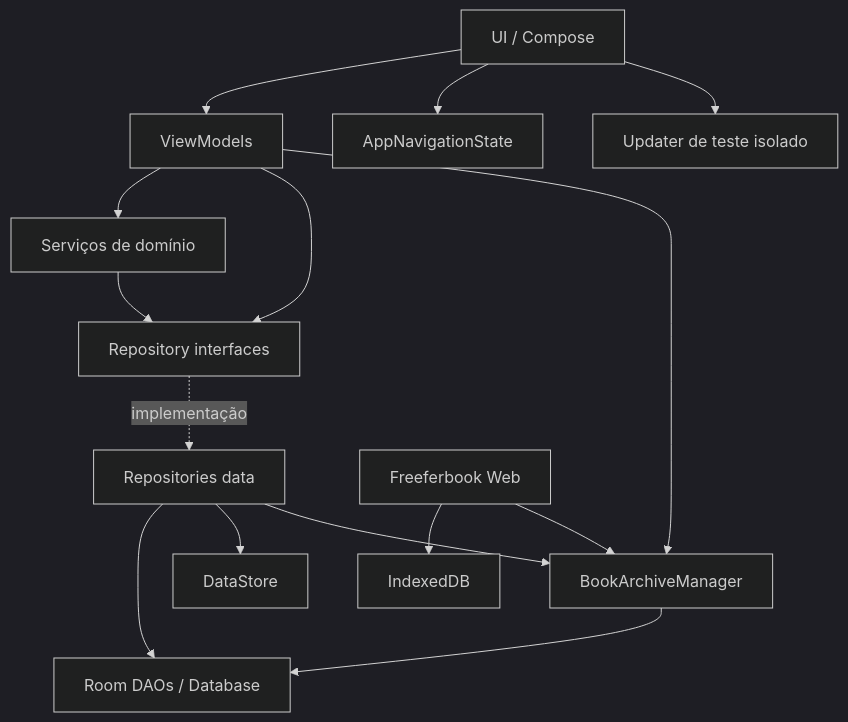
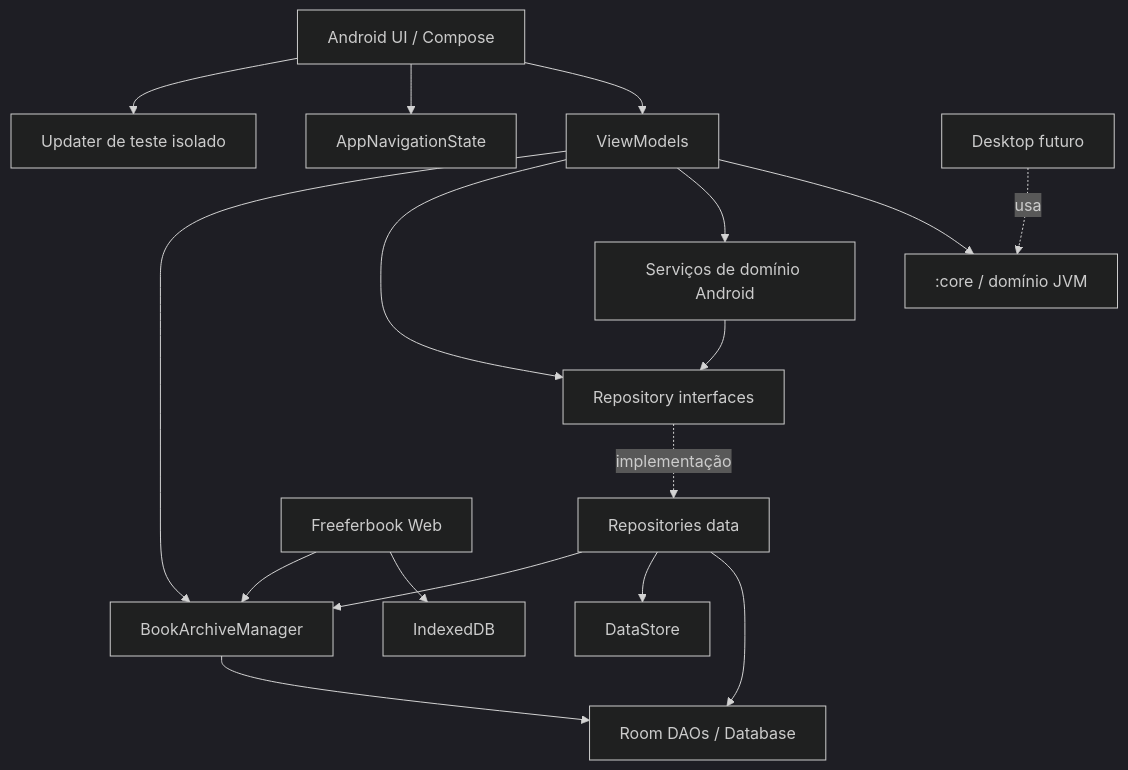
The first of 2 diagrams in ARCHITECTURE.md (TomikantGit/Freeferbook2), drawn with Mermaid (dark theme) before and after one commit. The commit also changed other lines of this file and 18 other files, not shown here.

````diff
--- a/ARCHITECTURE.md
+++ b/ARCHITECTURE.md
@@ -20,17 +21,19 @@
 ```mermaid
 graph TB
-    UI["UI / Compose"] --> VM["ViewModels"]
+    UI["Android UI / Compose"] --> VM["ViewModels"]
     UI --> NAV["AppNavigationState"]
-    VM --> DOMAIN["Serviços de domínio"]
+    VM --> CORE[":core / domínio JVM"]
+    VM --> DOMAIN["Serviços de domínio Android"]
     VM --> REPO["Repository interfaces"]
     DOMAIN --> REPO
     REPO -. implementação .-> DATA["Repositories data"]
     DATA --> ROOM["Room DAOs / Database"]
     DATA --> DS["DataStore"]
     UI --> UPDATE["Updater de teste isolado"]
     WEB["Freeferbook Web"] --> IDB["IndexedDB"]
     WEB --> ARCHIVE["Backup schema v1"]
     DATA --> ARCHIVE
     VM --> ARCHIVE["BookArchiveManager"]
     ARCHIVE --> ROOM
+    DESKTOP["Desktop futuro"] -. usa .-> CORE
 ```
````
